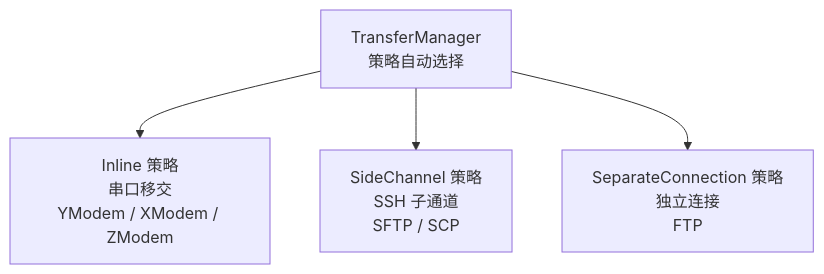
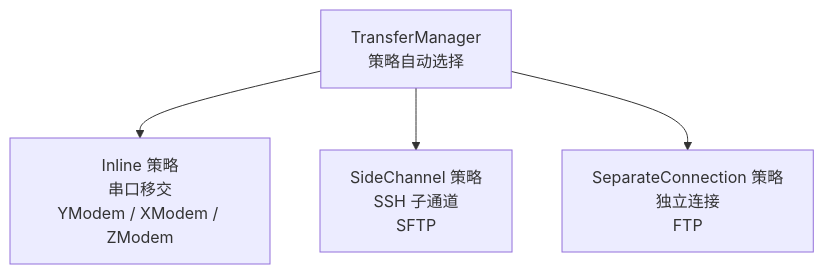
One commit to hamburger-os/TauTerm changed the third of 4 diagrams in README.md. Above: the diagram before and after it, drawn with Mermaid. The commit also changed other lines of this file and 75 other files, not shown here.

````diff
--- a/README.md
+++ b/README.md
@@ -146,7 +162,7 @@
 ```mermaid
 graph TD
     TM[TransferManager<br/>策略自动选择]
     TM --> Inline[Inline 策略<br/>串口移交<br/>YModem / XModem / ZModem]
-    TM --> SideChannel[SideChannel 策略<br/>SSH 子通道<br/>SFTP / SCP]
+    TM --> SideChannel[SideChannel 策略<br/>SSH 子通道<br/>SFTP]
     TM --> Separate[SeparateConnection 策略<br/>独立连接<br/>FTP]
 ```
````
